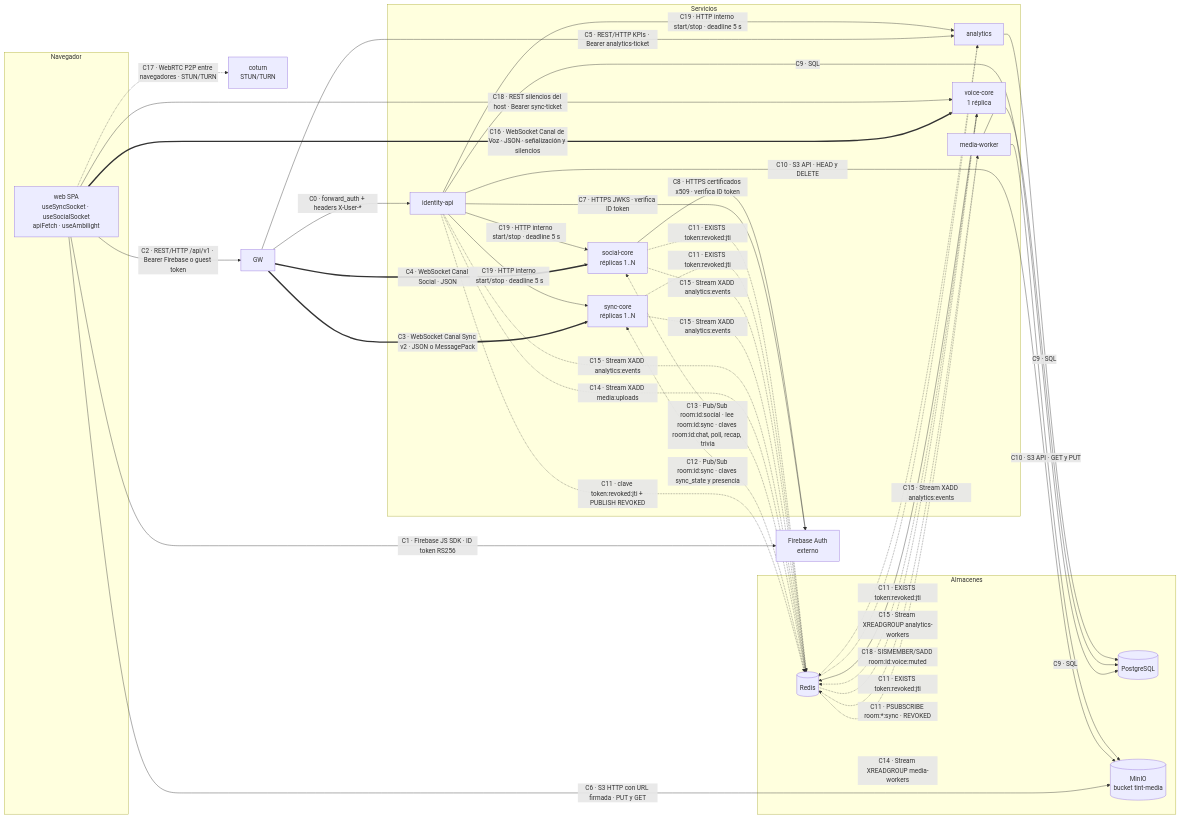
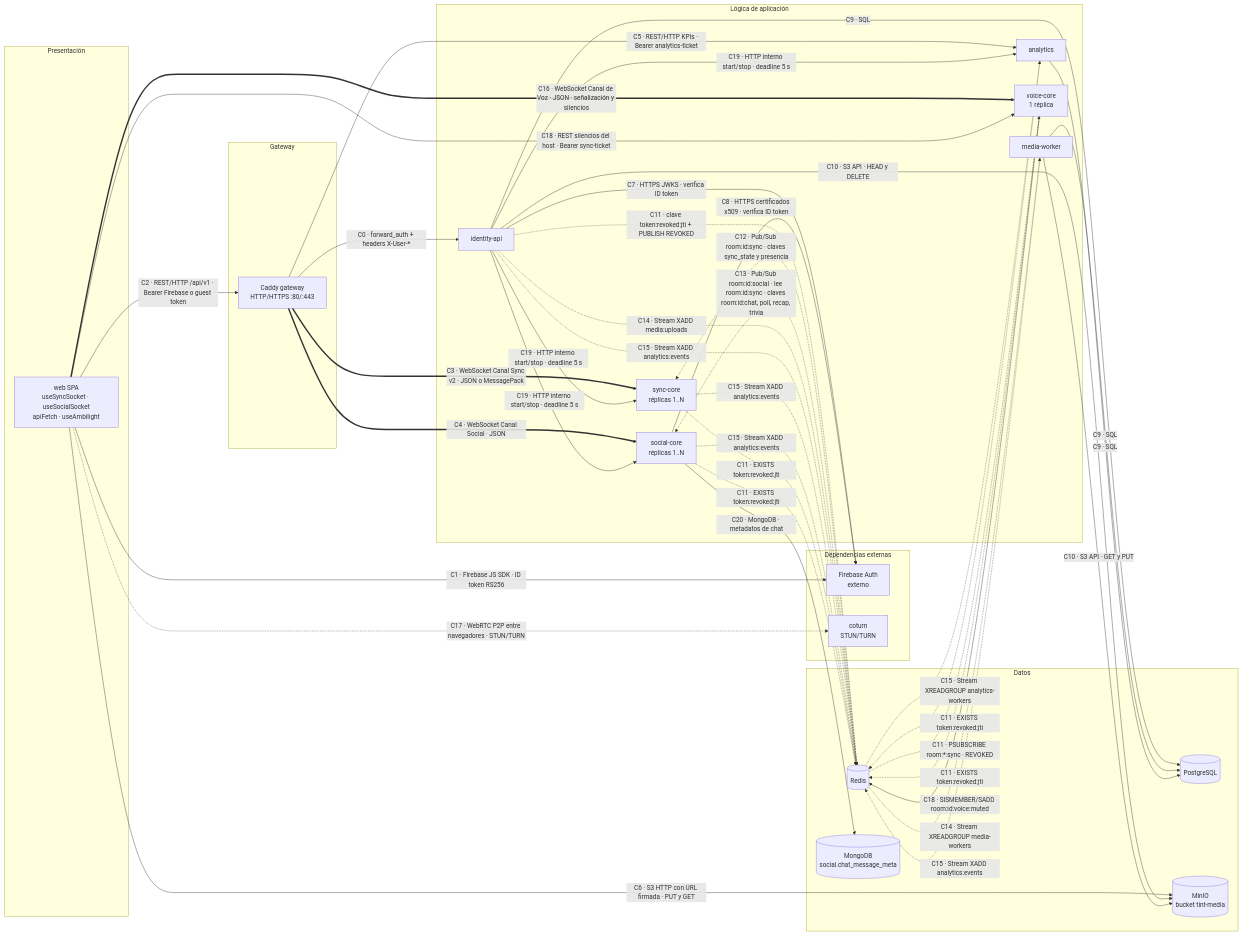
Before and after one commit to TINTOrganization/TINT: the third of 9 diagrams in docs/arquitectura.md, drawn with Mermaid. The commit also changed other lines of this file and 1 other file, not shown here.

````diff
--- a/docs/arquitectura.md
+++ b/docs/arquitectura.md
@@ -108,56 +108,63 @@
 ```mermaid
 flowchart LR
-    subgraph nav["Navegador"]
+    subgraph presentation["Presentación"]
         WEB["web SPA<br/>useSyncSocket · useSocialSocket<br/>apiFetch · useAmbilight"]
     end
 
-    FB["Firebase Auth<br/>externo"]
+    subgraph gateway["Gateway"]
+        GW["Caddy gateway<br/>HTTP/HTTPS :80/:443"]
+    end
 
-    subgraph srv["Servicios"]
+    subgraph logic["Lógica de aplicación"]
         ID["identity-api"]
         SYNC["sync-core<br/>réplicas 1..N"]
         SOCIAL["social-core<br/>réplicas 1..N"]
         MW["media-worker"]
         AN["analytics"]
         VC["voice-core<br/>1 réplica"]
     end
 
-    TURN["coturn<br/>STUN/TURN"]
+    subgraph external["Dependencias externas"]
+        FB["Firebase Auth<br/>externo"]
+        TURN["coturn<br/>STUN/TURN"]
+    end
 
-    subgraph store["Almacenes"]
+    subgraph data["Datos"]
         PG[("PostgreSQL")]
         RD[("Redis")]
         MI[("MinIO<br/>bucket tint-media")]
+        MDB[("MongoDB<br/>social.chat_message_meta")]
     end
 
     WEB -- "C1 · Firebase JS SDK · ID token RS256" --> FB
     WEB -- "C2 · REST/HTTP /api/v1 · Bearer Firebase o guest token" --> GW
     GW -- "C0 · forward_auth + headers X-User-*" --> ID
     GW == "C3 · WebSocket Canal Sync v2 · JSON o MessagePack" ==> SYNC
     GW == "C4 · WebSocket Canal Social · JSON" ==> SOCIAL
     GW -- "C5 · REST/HTTP KPIs · Bearer analytics-ticket" --> AN
     WEB -- "C6 · S3 HTTP con URL firmada · PUT y GET" --> MI
     ID -- "C7 · HTTPS JWKS · verifica ID token" --> FB
     SOCIAL -- "C8 · HTTPS certificados x509 · verifica ID token" --> FB
     ID -- "C9 · SQL" --> PG
     MW -- "C9 · SQL" --> PG
     AN -- "C9 · SQL" --> PG
     ID -- "C10 · S3 API · HEAD y DELETE" --> MI
     MW -- "C10 · S3 API · GET y PUT" --> MI
+    SOCIAL -- "C20 · MongoDB · metadatos de chat" --> MDB
     ID -. "C11 · clave token:revoked:jti + PUBLISH REVOKED" .-> RD
     SYNC <-. "C12 · Pub/Sub room:id:sync · claves sync_state y presencia" .-> RD
     SOCIAL <-. "C13 · Pub/Sub room:id:social · lee room:id:sync · claves room:id:chat, poll, recap, trivia" .-> RD
     ID -. "C14 · Stream XADD media:uploads" .-> RD
     RD -. "C14 · Stream XREADGROUP media-workers" .-> MW
     ID & SYNC & SOCIAL & MW -. "C15 · Stream XADD analytics:events" .-> RD
     RD -. "C15 · Stream XREADGROUP analytics-workers" .-> AN
     SYNC & SOCIAL & AN & VC -. "C11 · EXISTS token:revoked:jti" .-> RD
     WEB == "C16 · WebSocket Canal de Voz · JSON · señalización y silencios" ==> VC
     WEB -- "C18 · REST silencios del host · Bearer sync-ticket" --> VC
     VC -- "C18 · SISMEMBER/SADD room:id:voice:muted" --> RD
     WEB -. "C17 · WebRTC P2P entre navegadores · STUN/TURN" .-> TURN
     RD -. "C11 · PSUBSCRIBE room:*:sync · REVOKED" .-> VC
     ID -- "C19 · HTTP interno start/stop · deadline 5 s" --> SYNC
     ID -- "C19 · HTTP interno start/stop · deadline 5 s" --> SOCIAL
     ID -- "C19 · HTTP interno start/stop · deadline 5 s" --> AN
 ```
````
